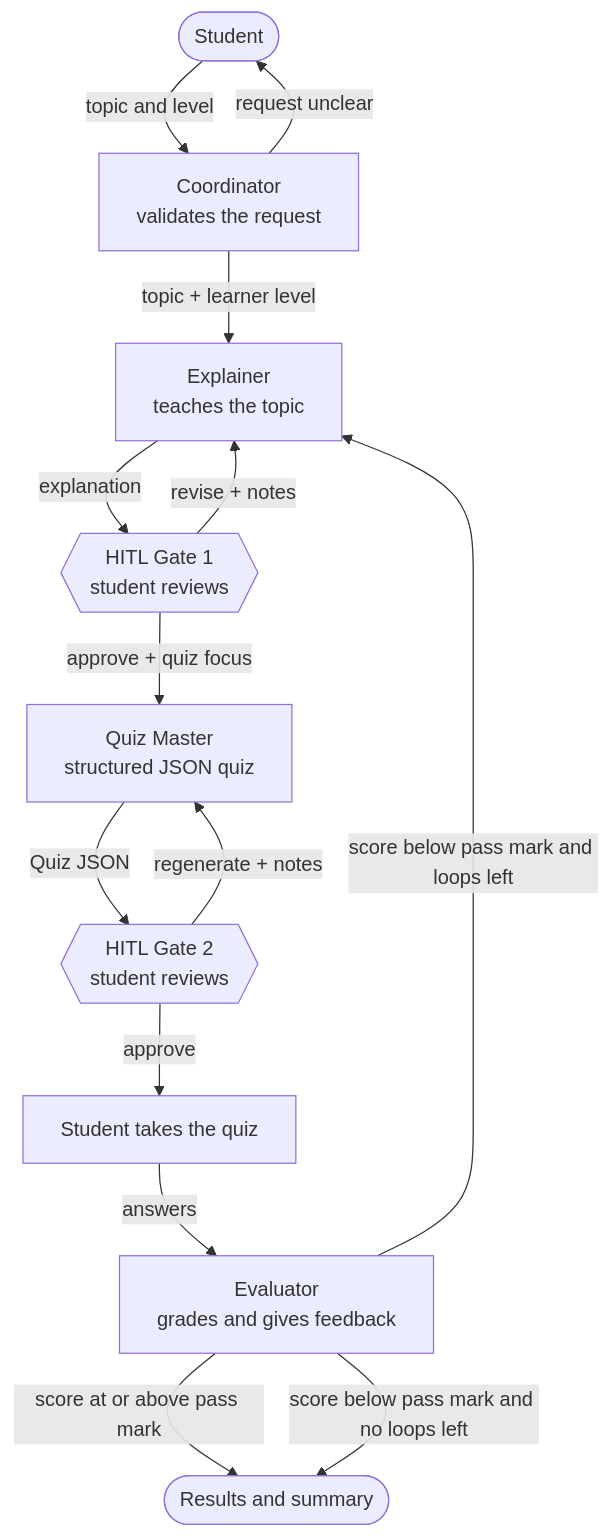
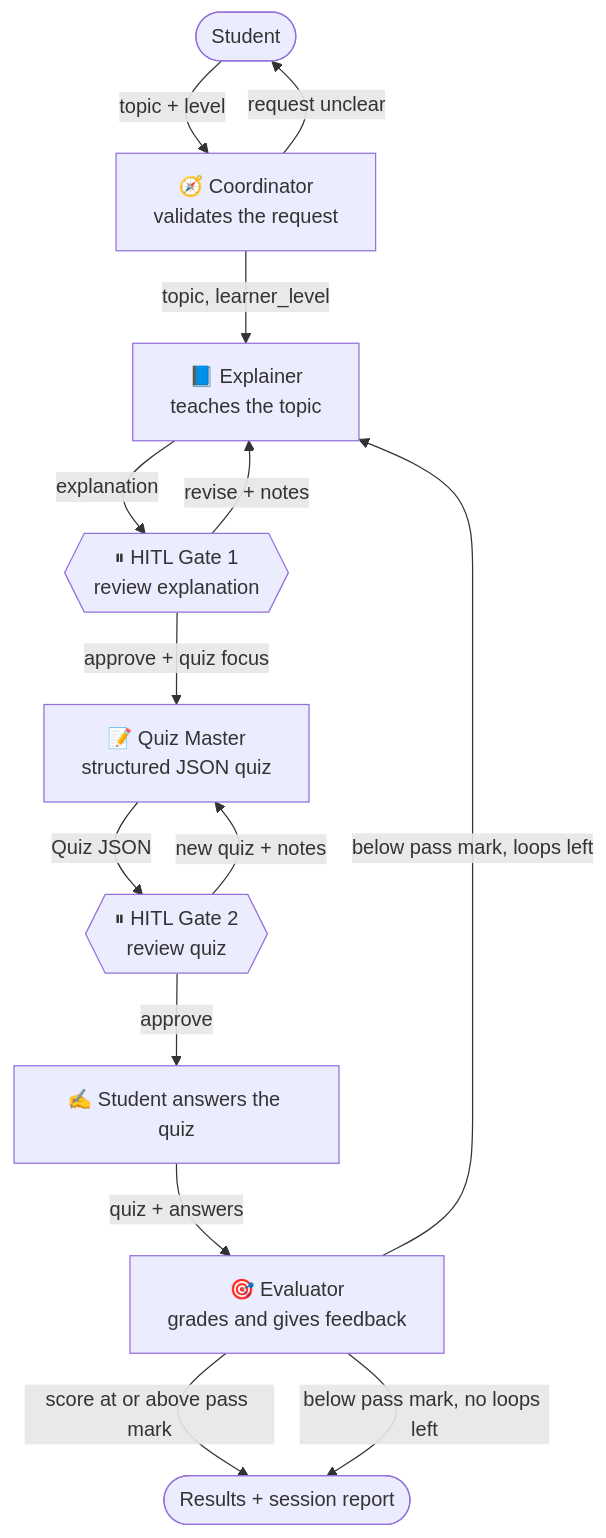
Before and after one commit to mdshafathossain-tech/Leo_Multi-Agent_AI_Tutor: the first of 3 diagrams in README.md, drawn with Mermaid. The commit also changed other lines of this file, not shown here.

````diff
--- a/README.md
+++ b/README.md
@@ -42,16 +60,16 @@
 ```mermaid
 flowchart TD
-    S([Student]) -->|"topic and level"| C["Coordinator<br/>validates the request"]
+    S([Student]) -->|"topic + level"| C["🧭 Coordinator<br/>validates the request"]
     C -->|"request unclear"| S
-    C -->|"topic + learner level"| E["Explainer<br/>teaches the topic"]
-    E -->|"explanation"| G1{{"HITL Gate 1<br/>student reviews"}}
+    C -->|"topic, learner_level"| E["📘 Explainer<br/>teaches the topic"]
+    E -->|"explanation"| G1{{"⏸ HITL Gate 1<br/>review explanation"}}
     G1 -->|"revise + notes"| E
-    G1 -->|"approve + quiz focus"| Q["Quiz Master<br/>structured JSON quiz"]
-    Q -->|"Quiz JSON"| G2{{"HITL Gate 2<br/>student reviews"}}
-    G2 -->|"regenerate + notes"| Q
-    G2 -->|"approve"| T["Student takes the quiz"]
-    T -->|"answers"| V["Evaluator<br/>grades and gives feedback"]
-    V -->|"score at or above pass mark"| D([Results and summary])
-    V -->|"score below pass mark and loops left"| E
-    V -->|"score below pass mark and no loops left"| D
+    G1 -->|"approve + quiz focus"| Q["📝 Quiz Master<br/>structured JSON quiz"]
+    Q -->|"Quiz JSON"| G2{{"⏸ HITL Gate 2<br/>review quiz"}}
+    G2 -->|"new quiz + notes"| Q
+    G2 -->|"approve"| A["✍️ Student answers the quiz"]
+    A -->|"quiz + answers"| V["🎯 Evaluator<br/>grades and gives feedback"]
+    V -->|"score at or above pass mark"| R(["Results + session report"])
+    V -->|"below pass mark, loops left"| E
+    V -->|"below pass mark, no loops left"| R
 ```
````
